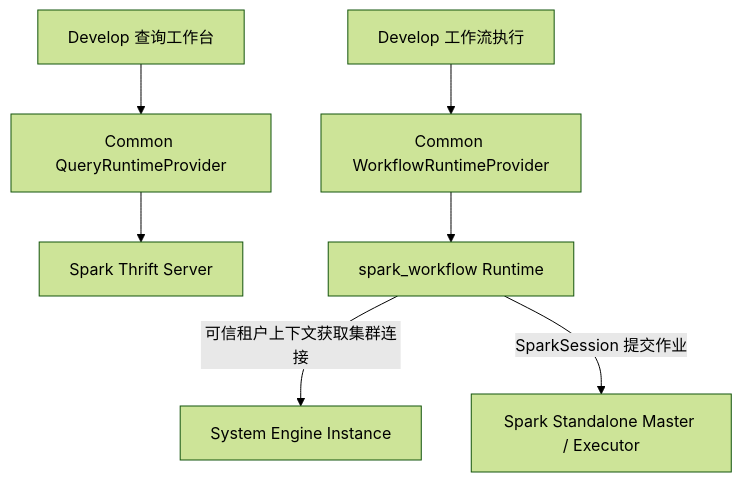
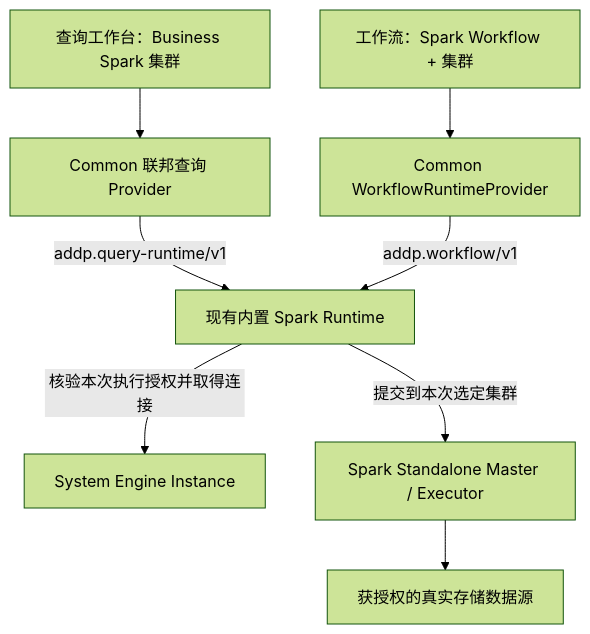
The diagram in engines/spark-workflow/docs/spark-design.md (pampa0629/addp), drawn with Mermaid (forest theme) before and after one commit. The commit also changed other lines of this file and 14 other files, not shown here.

Commit message:
docs(spark): define shared runtime and add federation admission

````diff
--- a/engines/spark-workflow/docs/spark-design.md
+++ b/engines/spark-workflow/docs/spark-design.md
@@ -16,9 +16,10 @@
 ```mermaid
 flowchart TB
-    Query["Develop 查询工作台"] --> SQLProvider["Common QueryRuntimeProvider"]
-    SQLProvider --> Thrift["Spark Thrift Server"]
-    Workflow["Develop 工作流执行"] --> Provider["Common WorkflowRuntimeProvider"]
-    Provider --> Runtime["spark_workflow Runtime"]
-    Runtime -->|"可信租户上下文获取集群连接"| System["System Engine Instance"]
-    Runtime -->|"SparkSession 提交作业"| Master["Spark Standalone Master / Executor"]
+    Query["查询工作台：Business Spark 集群"] --> SQLProvider["Common 联邦查询 Provider"]
+    Workflow["工作流：Spark Workflow + 集群"] --> Provider["Common WorkflowRuntimeProvider"]
+    SQLProvider -->|"addp.query-runtime/v1"| Runtime["现有内置 Spark Runtime"]
+    Provider -->|"addp.workflow/v1"| Runtime
+    Runtime -->|"核验本次执行授权并取得连接"| System["System Engine Instance"]
+    Runtime -->|"提交到本次选定集群"| Master["Spark Standalone Master / Executor"]
+    Master --> Sources["获授权的真实存储数据源"]
 ```
````
